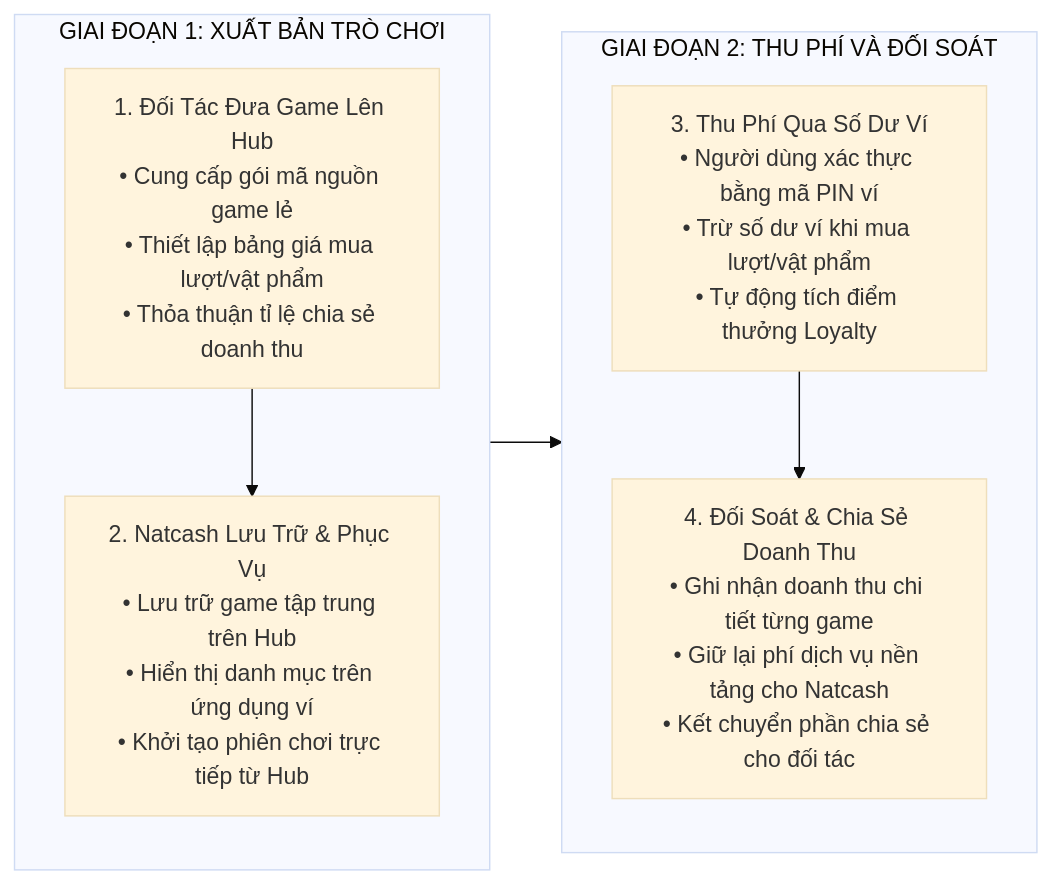
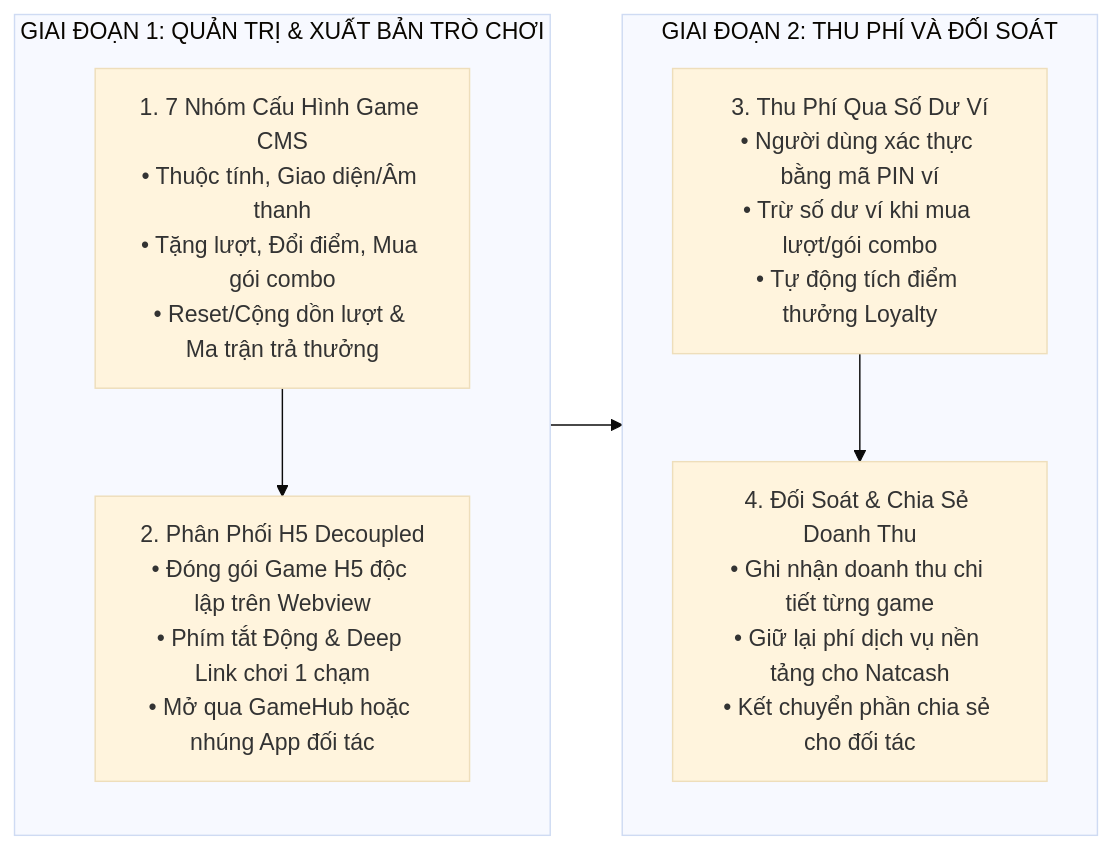
The sixth of 6 diagrams in docs/ba/solution.md (chapisoft/micro-loyalty), drawn with Mermaid (base theme) before and after one commit. The commit also changed other lines of this file and 25 other files, not shown here.

````diff
--- a/docs/ba/solution.md
+++ b/docs/ba/solution.md
@@ -279,18 +279,18 @@
 ```mermaid
 flowchart LR
-    subgraph COL_PUB ["GIAI ĐOẠN 1: XUẤT BẢN TRÒ CHƠI"]
+    subgraph COL_PUB ["GIAI ĐOẠN 1: QUẢN TRỊ & XUẤT BẢN TRÒ CHƠI"]
         direction TB
-        G_Upload["1. Đối Tác Đưa Game Lên Hub<br/>• Cung cấp gói mã nguồn game lẻ<br/>• Thiết lập bảng giá mua lượt/vật phẩm<br/>• Thỏa thuận tỉ lệ chia sẻ doanh thu"]
-        G_Publish["2. Natcash Lưu Trữ & Phục Vụ<br/>• Lưu trữ game tập trung trên Hub<br/>• Hiển thị danh mục trên ứng dụng ví<br/>• Khởi tạo phiên chơi trực tiếp từ Hub"]
-        G_Upload --> G_Publish
+        G_CMS["1. 7 Nhóm Cấu Hình Game CMS<br/>• Thuộc tính, Giao diện/Âm thanh<br/>• Tặng lượt, Đổi điểm, Mua gói combo<br/>• Reset/Cộng dồn lượt & Ma trận trả thưởng"]
+        G_Publish["2. Phân Phối H5 Decoupled<br/>• Đóng gói Game H5 độc lập trên Webview<br/>• Phím tắt Động & Deep Link chơi 1 chạm<br/>• Mở qua GameHub hoặc nhúng App đối tác"]
+        G_CMS --> G_Publish
     end
 
     subgraph COL_BILL ["GIAI ĐOẠN 2: THU PHÍ VÀ ĐỐI SOÁT"]
         direction TB
-        G_Billing["3. Thu Phí Qua Số Dư Ví<br/>• Người dùng xác thực bằng mã PIN ví<br/>• Trừ số dư ví khi mua lượt/vật phẩm<br/>• Tự động tích điểm thưởng Loyalty"]
+        G_Billing["3. Thu Phí Qua Số Dư Ví<br/>• Người dùng xác thực bằng mã PIN ví<br/>• Trừ số dư ví khi mua lượt/gói combo<br/>• Tự động tích điểm thưởng Loyalty"]
         G_Payout["4. Đối Soát & Chia Sẻ Doanh Thu<br/>• Ghi nhận doanh thu chi tiết từng game<br/>• Giữ lại phí dịch vụ nền tảng cho Natcash<br/>• Kết chuyển phần chia sẻ cho đối tác"]
         G_Billing --> G_Payout
     end
 
     G_Publish --> G_Billing
 ```
````
